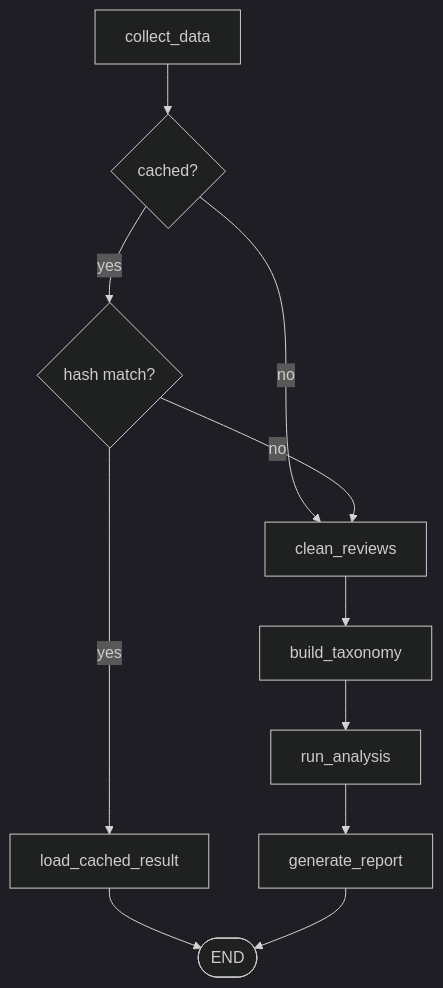
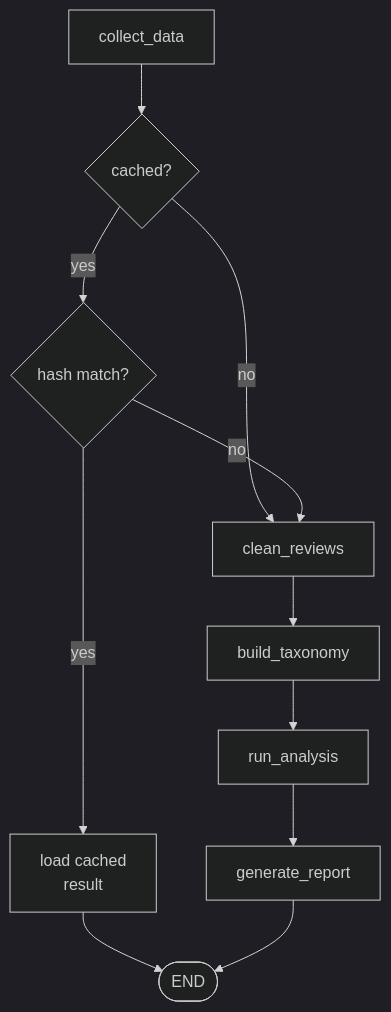
Before and after one commit to dianakang/voc-intelligence-platform: the first of 4 diagrams in README.md, drawn with Mermaid (dark theme). The commit also changed other lines of this file, not shown here.

First line of the commit message:
Force explicit line breaks in diagram nodes to stop text clipping on GitHub

````diff
--- a/README.md
+++ b/README.md
@@ -15,13 +15,13 @@
 ```mermaid
 flowchart TD
     A[collect_data] --> R{cached?}
     R -->|no| C[clean_reviews]
     R -->|yes| H{hash match?}
-    H -->|yes| B[load_cached_result]
+    H -->|yes| B["load cached<br/>result"]
     H -->|no| C
     C --> D[build_taxonomy]
     D --> E[run_analysis]
     E --> F[generate_report]
     B --> G([END])
     F --> G
 ```
````
